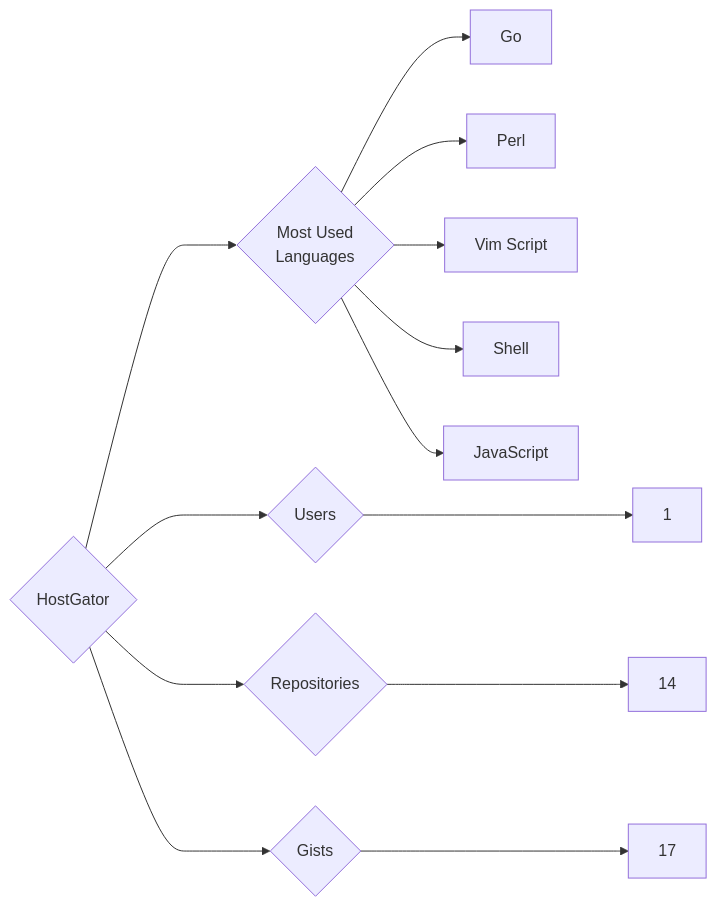
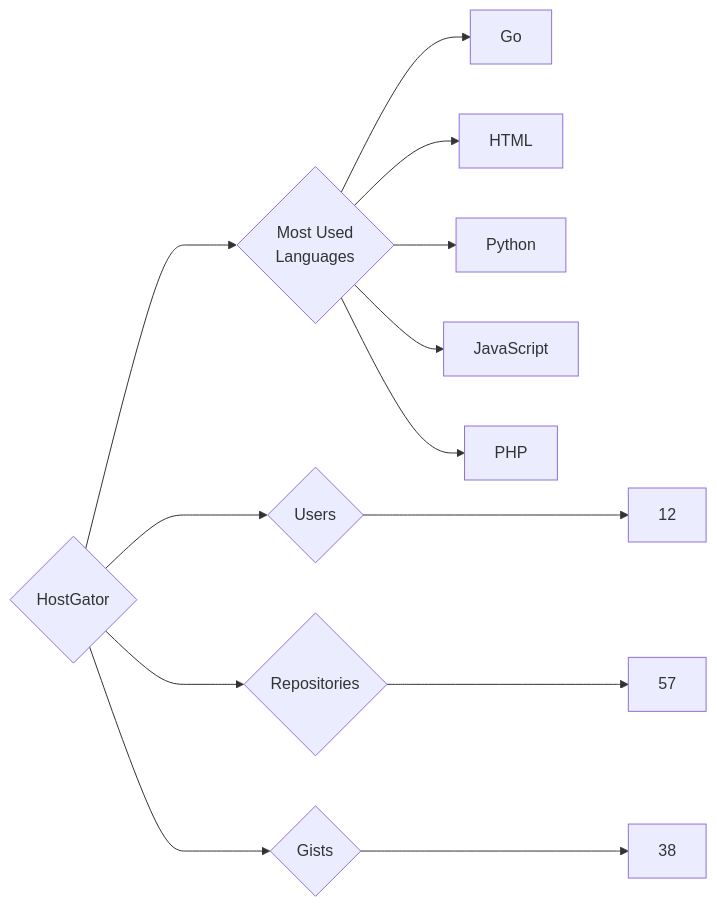
Before and after one commit to trickest/insiders: the diagram in targets/HostGator/README.md, drawn with Mermaid. The commit also changed 682 other files, not shown here.

````diff
--- a/targets/HostGator/README.md
+++ b/targets/HostGator/README.md
@@ -3,13 +3,13 @@
 ```mermaid
 graph LR
 COMPANY_NAME{HostGator}
-COMPANY_NAME ---> U{Users} ---> UN[1]
-COMPANY_NAME ---> R{Repositories} ---> RN[14]
-COMPANY_NAME ---> G{Gists} ---> GN[17]
+COMPANY_NAME ---> U{Users} ---> UN[12]
+COMPANY_NAME ---> R{Repositories} ---> RN[57]
+COMPANY_NAME ---> G{Gists} ---> GN[38]
 COMPANY_NAME ---> ML{Most Used<br>Languages}
 ML --> Go[Go]
-ML --> Perl[Perl]
-ML --> Vim_Script[Vim Script]
-ML --> Shell[Shell]
+ML --> HTML[HTML]
+ML --> Python[Python]
 ML --> JavaScript[JavaScript]
+ML --> PHP[PHP]
 ```
````
